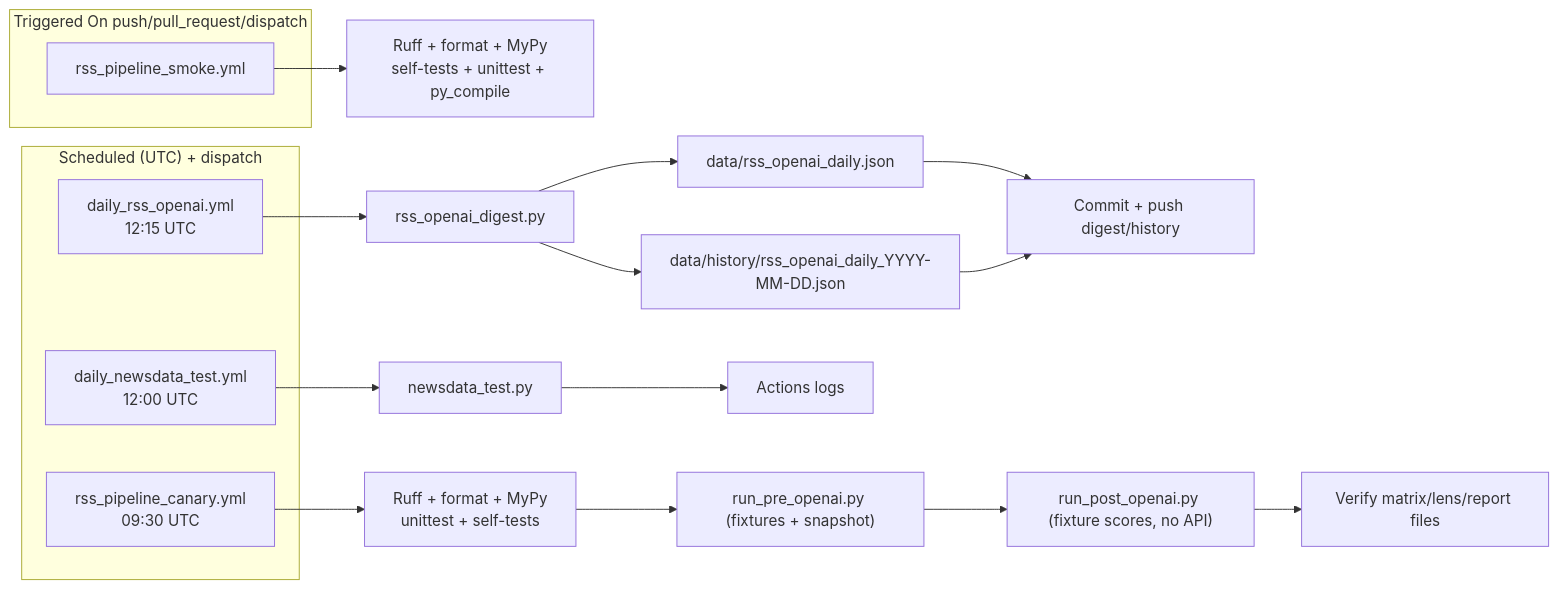
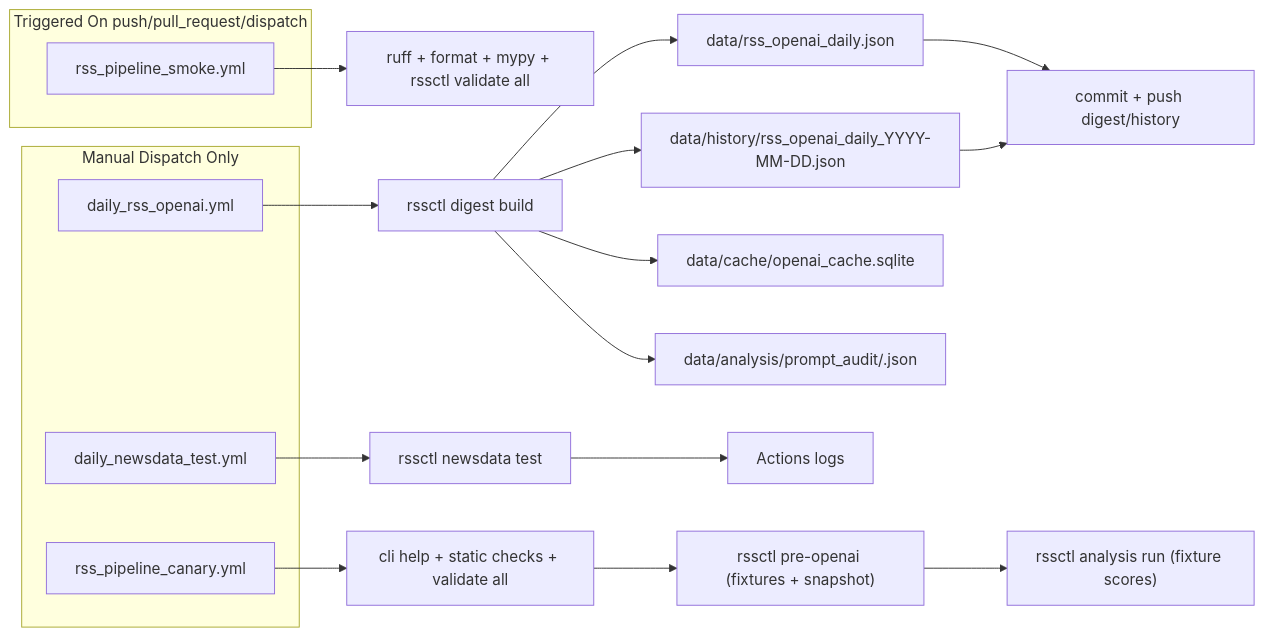
One commit to Distinction-Projects/RSS_Feeds changed the first of 3 diagrams in workflow_diagram.md. Above: the diagram before and after it, drawn with Mermaid. The commit also changed other lines of this file and 3 other files, not shown here.

Commit message:
docs: document rssctl workflow and v2 audit architecture

````diff
--- a/workflow_diagram.md
+++ b/workflow_diagram.md
@@ -4,28 +4,29 @@
 ```mermaid
 flowchart LR
   subgraph Triggered["Triggered On push/pull_request/dispatch"]
     Smoke["rss_pipeline_smoke.yml"]
   end
 
-  subgraph Scheduled["Scheduled (UTC) + dispatch"]
-    DailyDigest["daily_rss_openai.yml\n12:15 UTC"]
-    NewsData["daily_newsdata_test.yml\n12:00 UTC"]
-    Canary["rss_pipeline_canary.yml\n09:30 UTC"]
+  subgraph ManualOnly["Manual Dispatch Only"]
+    DailyDigest["daily_rss_openai.yml"]
+    NewsData["daily_newsdata_test.yml"]
+    Canary["rss_pipeline_canary.yml"]
   end
 
-  Smoke --> SmokeChecks["Ruff + format + MyPy\nself-tests + unittest + py_compile"]
+  Smoke --> SmokeChecks["ruff + format + mypy + rssctl validate all"]
 
-  DailyDigest --> DigestRun["rss_openai_digest.py"]
+  DailyDigest --> DigestRun["rssctl digest build"]
   DigestRun --> DigestOut["data/rss_openai_daily.json"]
   DigestRun --> DigestHist["data/history/rss_openai_daily_YYYY-MM-DD.json"]
-  DigestOut --> DigestCommit["Commit + push digest/history"]
+  DigestRun --> CacheDB["data/cache/openai_cache.sqlite"]
+  DigestRun --> PromptAudit["data/analysis/prompt_audit/<run_id>.json"]
+  DigestOut --> DigestCommit["commit + push digest/history"]
   DigestHist --> DigestCommit
 
-  NewsData --> NewsDataRun["newsdata_test.py"]
+  NewsData --> NewsDataRun["rssctl newsdata test"]
   NewsDataRun --> NewsDataLogs["Actions logs"]
 
-  Canary --> CanaryChecks["Ruff + format + MyPy\nunittest + self-tests"]
-  CanaryChecks --> CanaryPre["run_pre_openai.py (fixtures + snapshot)"]
-  CanaryPre --> CanaryPost["run_post_openai.py (fixture scores, no API)"]
-  CanaryPost --> CanaryVerify["Verify matrix/lens/report files"]
+  Canary --> CanaryChecks["cli help + static checks + validate all"]
+  CanaryChecks --> CanaryPre["rssctl pre-openai (fixtures + snapshot)"]
+  CanaryPre --> CanaryPost["rssctl analysis run (fixture scores)"]
 ```
````
